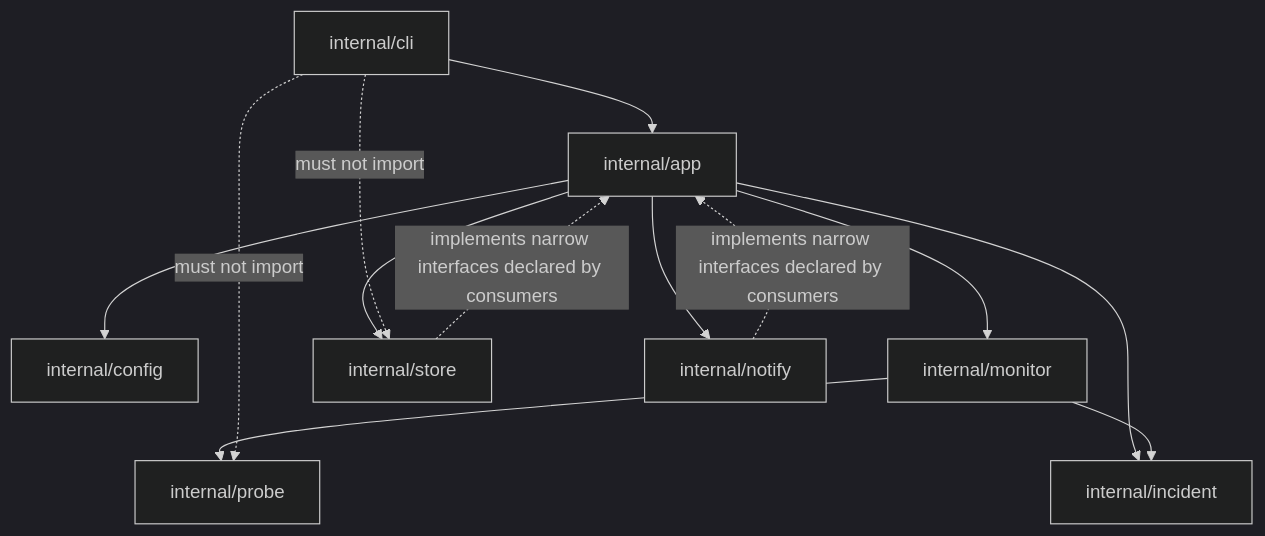
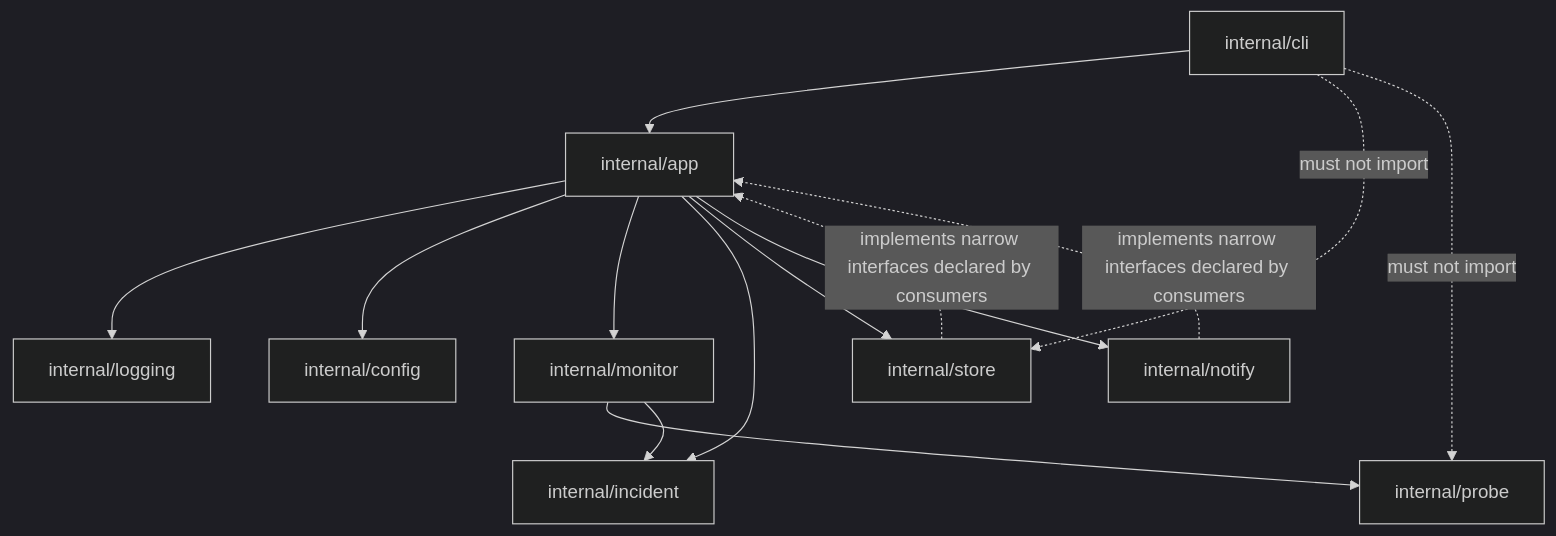
Before and after one commit to Erfan-Abouei/Abouei_Checker: the diagram in docs/architecture.md, drawn with Mermaid (dark theme). The commit also changed other lines of this file and 8 other files, not shown here.

````diff
--- a/docs/architecture.md
+++ b/docs/architecture.md
@@ -62,15 +66,16 @@
 ```mermaid
 flowchart TD
     CLI[internal/cli] --> APP[internal/app]
+    APP --> LOG[internal/logging]
     APP --> CFG[internal/config]
     APP --> MON[internal/monitor]
     APP --> INC[internal/incident]
     APP --> STORE[internal/store]
     APP --> NOTIFY[internal/notify]
     MON --> PROBE[internal/probe]
     MON --> INC
     STORE -. implements narrow interfaces declared by consumers .-> APP
     NOTIFY -. implements narrow interfaces declared by consumers .-> APP
     CLI -. must not import .-> STORE
     CLI -. must not import .-> PROBE
 ```
````
